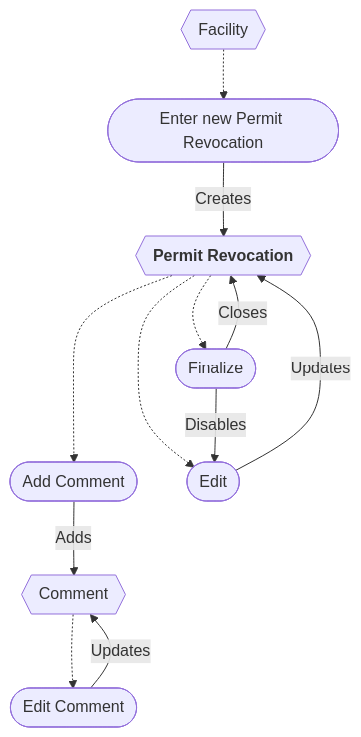
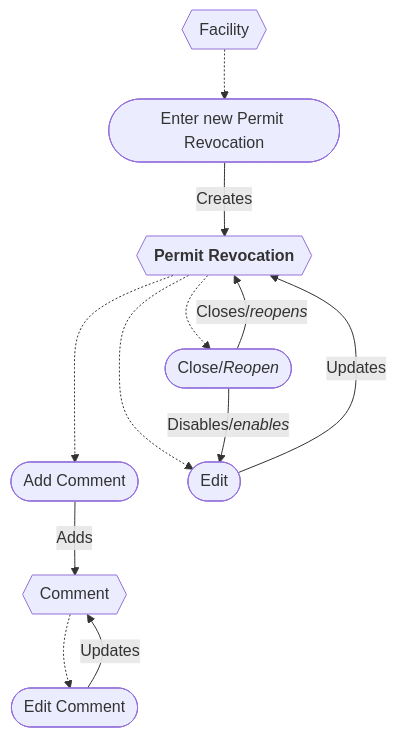
Before and after one commit to gaepdit/air-web: the first of 2 diagrams in docs/Workflows/Work-entries/Permit-Revocation.md, drawn with Mermaid. The commit also changed other lines of this file and 8 other files, not shown here.

Commit message:
Update workflow diagrams

````diff
--- a/docs/Workflows/Work-entries/Permit-Revocation.md
+++ b/docs/Workflows/Work-entries/Permit-Revocation.md
@@ -9,25 +5,26 @@
 ```mermaid
 flowchart
     FAC{{Facility}}
-    REV{{"`**Permit Revocation**`"}}
+    WRK{{"`**Permit Revocation**`"}}
     CMT{{Comment}}
 
     enter([Enter new Permit Revocation])
     comment([Add Comment])
     edit([Edit])
-    finalize([Finalize])
+    close(["`Close/*Reopen*`"])
     editComment([Edit Comment])
 
     FAC -.-> enter
-    REV -.-> edit
-    REV -.-> finalize
-    REV -..-> comment
+    WRK -.-> edit
+    WRK -.-> close
+    WRK -..-> comment
     CMT -.-> editComment
 
-    finalize -->|Disables| edit
-    enter -->|Creates| REV
-    edit -->|Updates| REV
-    finalize -->|Closes| REV
+    close -->|"`Disables/*enables*`"| edit
+
+    enter -->|Creates| WRK
+    edit -->|Updates| WRK
+    close -->|"`Closes/*reopens*`"| WRK
     editComment -->|Updates| CMT
     comment -->|Adds| CMT
 ```
````
